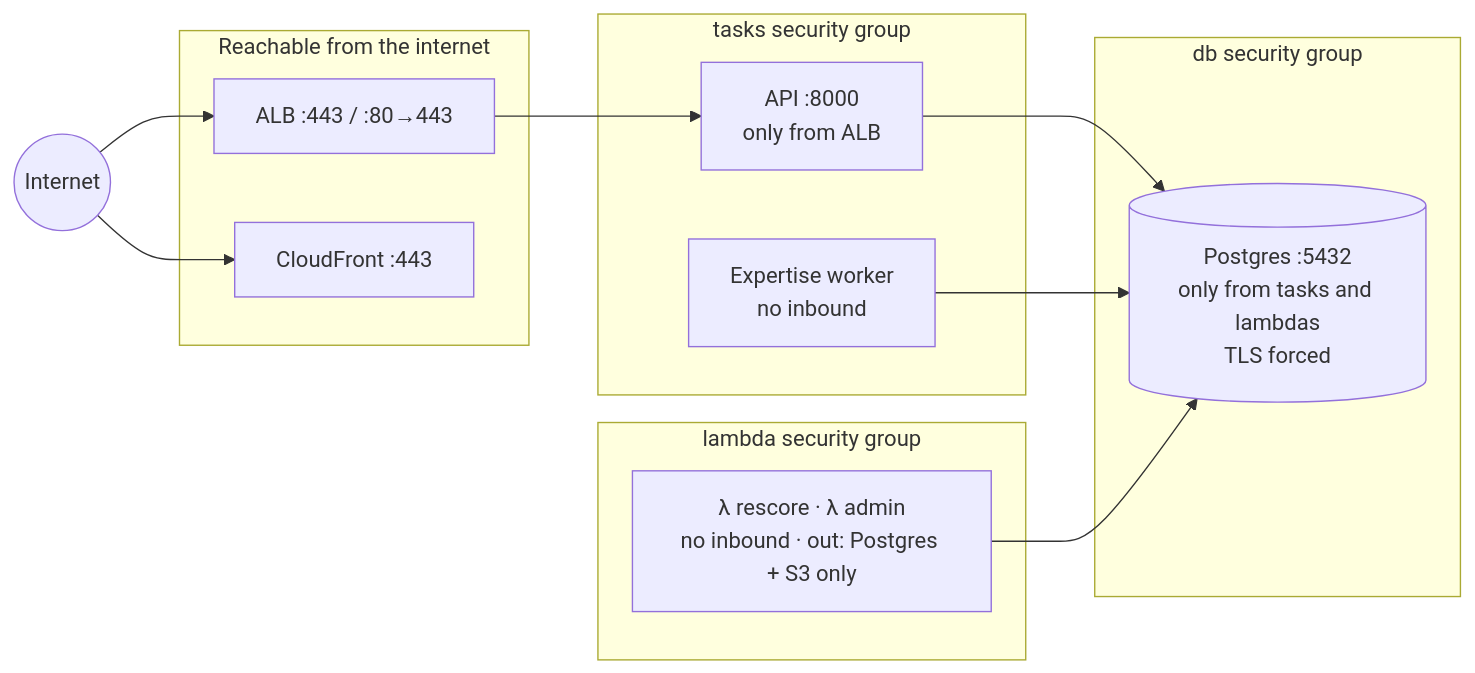
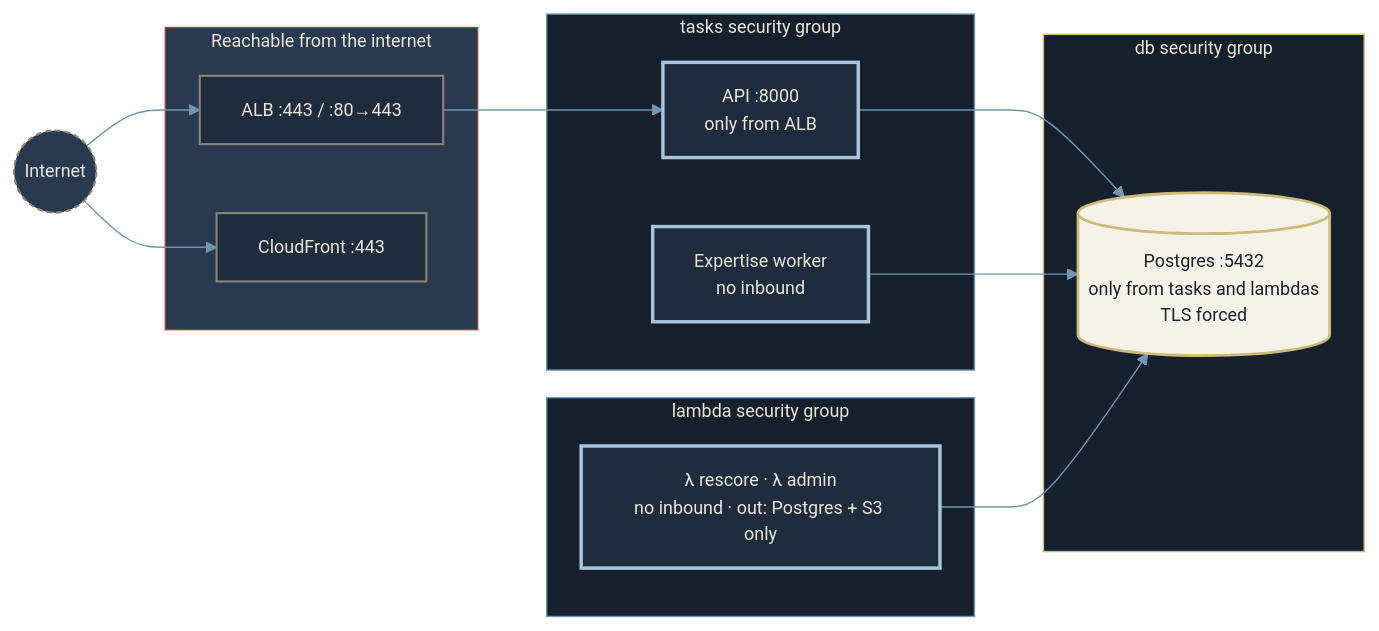
The fourth of 6 diagrams in docs/productization_build_plan.md (nlp4725/job-hunt-intelligence), drawn with Mermaid before and after one commit. The commit also changed other lines of this file, not shown here.

Commit message:
Plan §1 diagrams: Tender Review deck palette (navy, cream, pale blue, rubric gold); content unchanged

````diff
--- a/docs/productization_build_plan.md
+++ b/docs/productization_build_plan.md
@@ -246,23 +268,38 @@
 ```mermaid
+%%{init: {"theme": "base", "themeVariables": {"fontFamily": "IBM Plex Mono, ui-monospace, Menlo, monospace", "fontSize": "13px", "primaryColor": "#1f2c3d", "primaryTextColor": "#eae5d6", "primaryBorderColor": "#a8c5d9", "lineColor": "#6f97b3", "secondaryColor": "#29394f", "tertiaryColor": "#f5f2e8", "clusterBkg": "#161f2c", "clusterBorder": "#6f97b3", "titleColor": "#eae5d6", "edgeLabelBackground": "#161f2c", "textColor": "#eae5d6"}}}%%
 flowchart LR
     Internet(("Internet"))
     subgraph PublicSG["Reachable from the internet"]
         ALBs["ALB :443 / :80→443"]
         CFs["CloudFront :443"]
     end
     subgraph TasksSG["tasks security group"]
         APIs["API :8000<br/>only from ALB"]
         Exps["Expertise worker<br/>no inbound"]
     end
     subgraph LambdaSG["lambda security group"]
         Ls["λ rescore · λ admin<br/>no inbound · out: Postgres + S3 only"]
     end
     subgraph DbSG["db security group"]
         DBs[("Postgres :5432<br/>only from tasks and lambdas<br/>TLS forced")]
     end
     Internet --> ALBs --> APIs
     Internet --> CFs
     APIs --> DBs
     Exps --> DBs
     Ls --> DBs
+    classDef navy fill:#1f2c3d,stroke:#8b8577,stroke-width:1.5px,color:#eae5d6
+    classDef core fill:#1f2c3d,stroke:#a8c5d9,stroke-width:2.5px,color:#eae5d6
+    classDef store fill:#f5f2e8,stroke:#cdbb7a,stroke-width:2px,color:#1a2230
+    classDef queue fill:#eae5d6,stroke:#6f97b3,stroke-width:2px,color:#1a2230
+    classDef fail fill:#f5f2e8,stroke:#a14a3d,stroke-width:2px,color:#1a2230
+    classDef ext fill:#29394f,stroke:#8b8577,stroke-width:1.5px,stroke-dasharray:4 3,color:#eae5d6
+    class Internet ext
+    class ALBs,CFs navy
+    class APIs,Exps,Ls core
+    class DBs store
+    style PublicSG fill:#29394f,stroke:#a14a3d,color:#eae5d6
+    style TasksSG fill:#161f2c,stroke:#6f97b3,color:#eae5d6
+    style LambdaSG fill:#161f2c,stroke:#6f97b3,color:#eae5d6
+    style DbSG fill:#161f2c,stroke:#cdbb7a,color:#eae5d6
 ```
````
